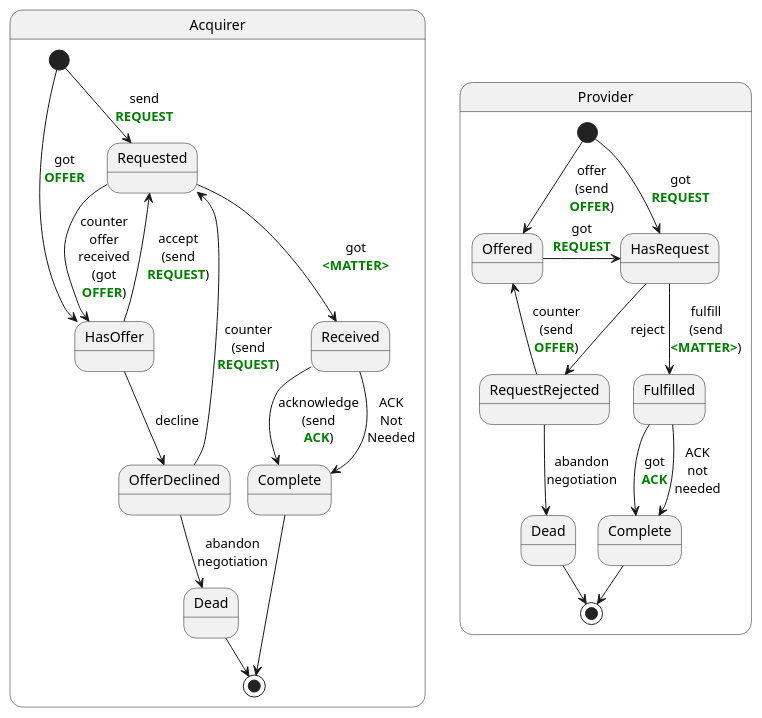
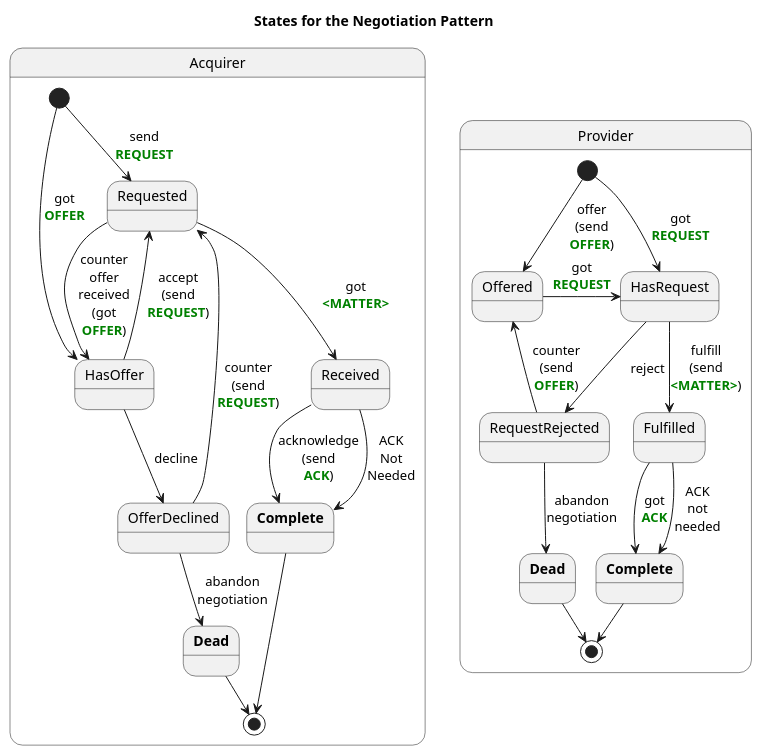
The diagram in negotiation-state.puml (sovrin-foundation/protocol), drawn with PlantUML before and after one commit.

Commit message:
added title to Negotiation pattern state UML

```diff
--- a/negotiation-state.puml
+++ b/negotiation-state.puml
@@ -1,37 +1,37 @@
 @startuml
-
+title States for the Negotiation Pattern
 state Acquirer {
-  state "Dead" as aDead
-  state "Complete" as aComplete
+  state "<b>Dead" as aDead
+  state "<b>Complete" as aComplete
   [*] --> HasOffer : got\n<font color=green><b>OFFER
   [*] --> Requested : send\n<font color=green><b>REQUEST
   Requested --> HasOffer : counter\noffer\nreceived\n(got\n<font color=green><b>OFFER</font>)
   HasOffer --> Requested : accept\n(send\n<font color=green><b>REQUEST</font>)
   HasOffer --> OfferDeclined : decline
   OfferDeclined --> aDead : abandon\nnegotiation
   OfferDeclined --> Requested : counter\n(send\n<font color=green><b>REQUEST</font>)
   Requested --> Received : got\n<font color=green><b><MATTER>
   Received --> aComplete : acknowledge\n(send\n<font color=green><b>ACK</font>)
   Received --> aComplete : ACK\nNot\nNeeded
   aDead --> [*]
   aComplete --> [*]
 }
 
 
 state Provider {
-  state "Dead" as pDead
-  state "Complete" as pComplete
+  state "<b>Dead" as pDead
+  state "<b>Complete" as pComplete
   [*] --> Offered : offer\n(send\n<font color=green><b>OFFER</font>)
   Offered -> HasRequest : got\n<font color=green><b>REQUEST
   [*] --> HasRequest : got\n<font color=green><b>REQUEST
   HasRequest --> RequestRejected : reject
   RequestRejected --> Offered : counter\n(send\n<font color=green><b>OFFER</font>)
   HasRequest --> Fulfilled : fulfill\n(send\n<font color=green><b><MATTER></font>)
   Fulfilled --> pComplete : got\n<font color=green><b>ACK
   Fulfilled --> pComplete : ACK\nnot\nneeded
   RequestRejected --> pDead : abandon\nnegotiation
   pDead --> [*]
   pComplete --> [*]
 }
 
 @enduml
```
